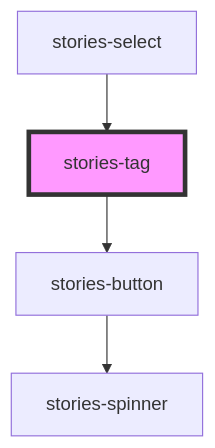
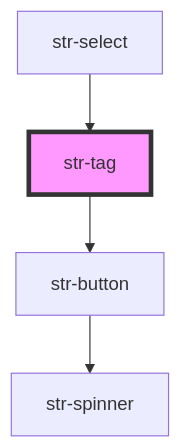
The diagram in packages/core/src/components/tag/readme.md (storiesjs/stories), drawn with Mermaid before and after one commit. The commit also changed other lines of this file and 221 other files, not shown here.

Commit message:
Stories prefix rename to str

````diff
--- a/packages/core/src/components/tag/readme.md
+++ b/packages/core/src/components/tag/readme.md
@@ -64,7 +64,7 @@
 ```mermaid
 graph TD;
-  stories-tag --> stories-button
-  stories-button --> stories-spinner
-  stories-select --> stories-tag
-  style stories-tag fill:#f9f,stroke:#333,stroke-width:4px
+  str-tag --> str-button
+  str-button --> str-spinner
+  str-select --> str-tag
+  style str-tag fill:#f9f,stroke:#333,stroke-width:4px
 ```
````
